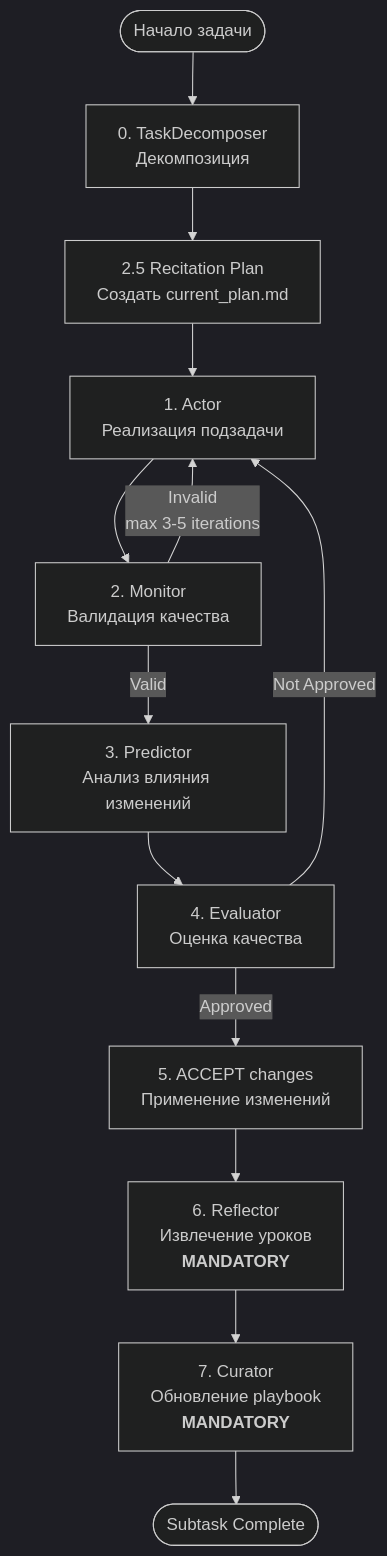
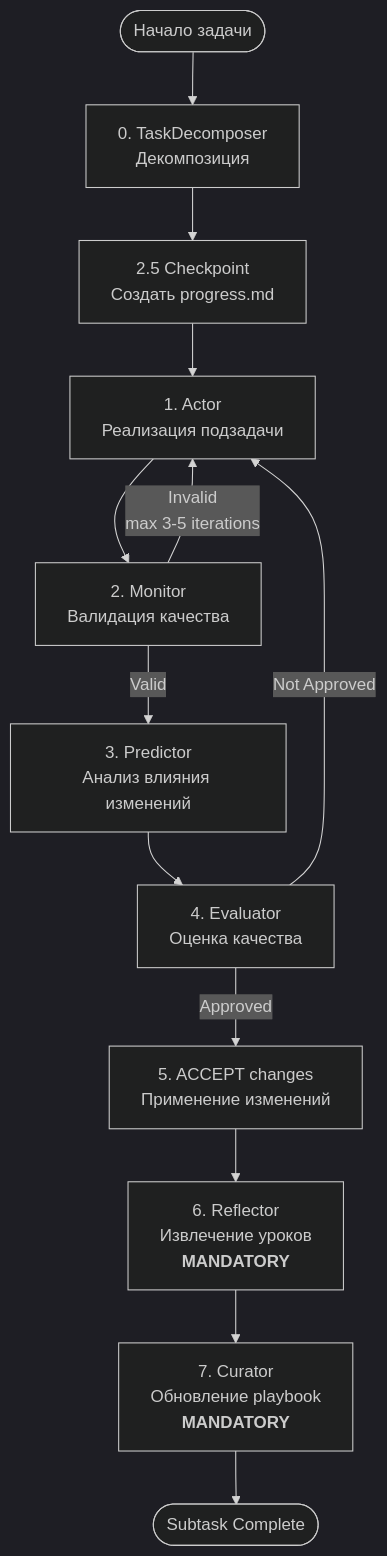
The diagram in presentation/ru/03-workflow.md (azalio/map-framework), drawn with Mermaid (dark theme) before and after one commit. The commit also changed other lines of this file and 16 other files, not shown here.

````diff
--- a/presentation/ru/03-workflow.md
+++ b/presentation/ru/03-workflow.md
@@ -9,20 +9,20 @@
 ```mermaid
 flowchart TD
     Start([Начало задачи]) --> Decompose[0. TaskDecomposer<br/>Декомпозиция]
-    Decompose --> Plan[2.5 Recitation Plan<br/>Создать current_plan.md]
+    Decompose --> Plan[2.5 Checkpoint<br/>Создать progress.md]
     Plan --> Actor[1. Actor<br/>Реализация подзадачи]
     Actor --> Monitor[2. Monitor<br/>Валидация качества]
 
     Monitor -->|Valid| Predictor[3. Predictor<br/>Анализ влияния изменений]
     Monitor -->|Invalid<br/>max 3-5 iterations| Actor
 
     Predictor --> Evaluator[4. Evaluator<br/>Оценка качества]
 
     Evaluator -->|Approved| Accept[5. ACCEPT changes<br/>Применение изменений]
     Evaluator -->|Not Approved| Actor
 
     Accept --> Reflector[6. Reflector<br/>Извлечение уроков<br/><b>MANDATORY</b>]
     Reflector --> Curator[7. Curator<br/>Обновление playbook<br/><b>MANDATORY</b>]
 
     Curator --> End([Subtask Complete])
 ```
````
